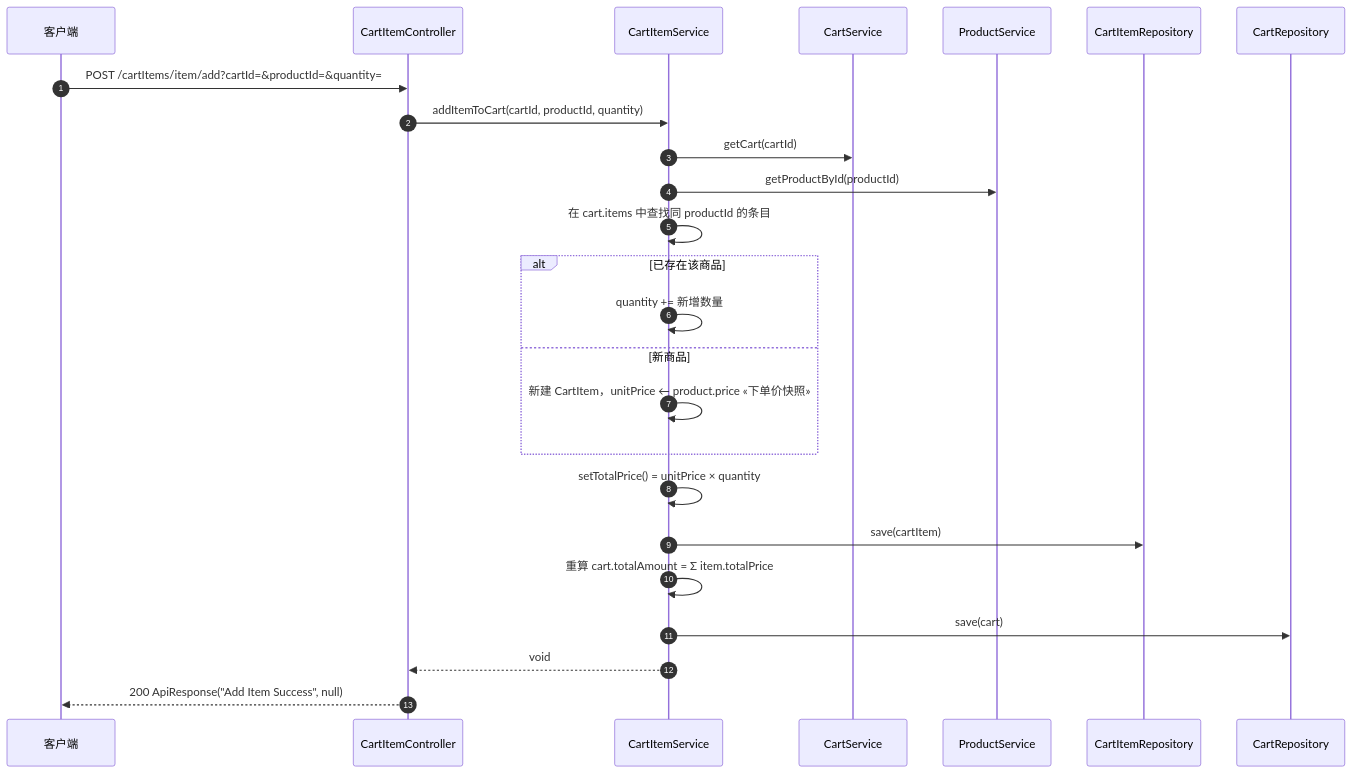
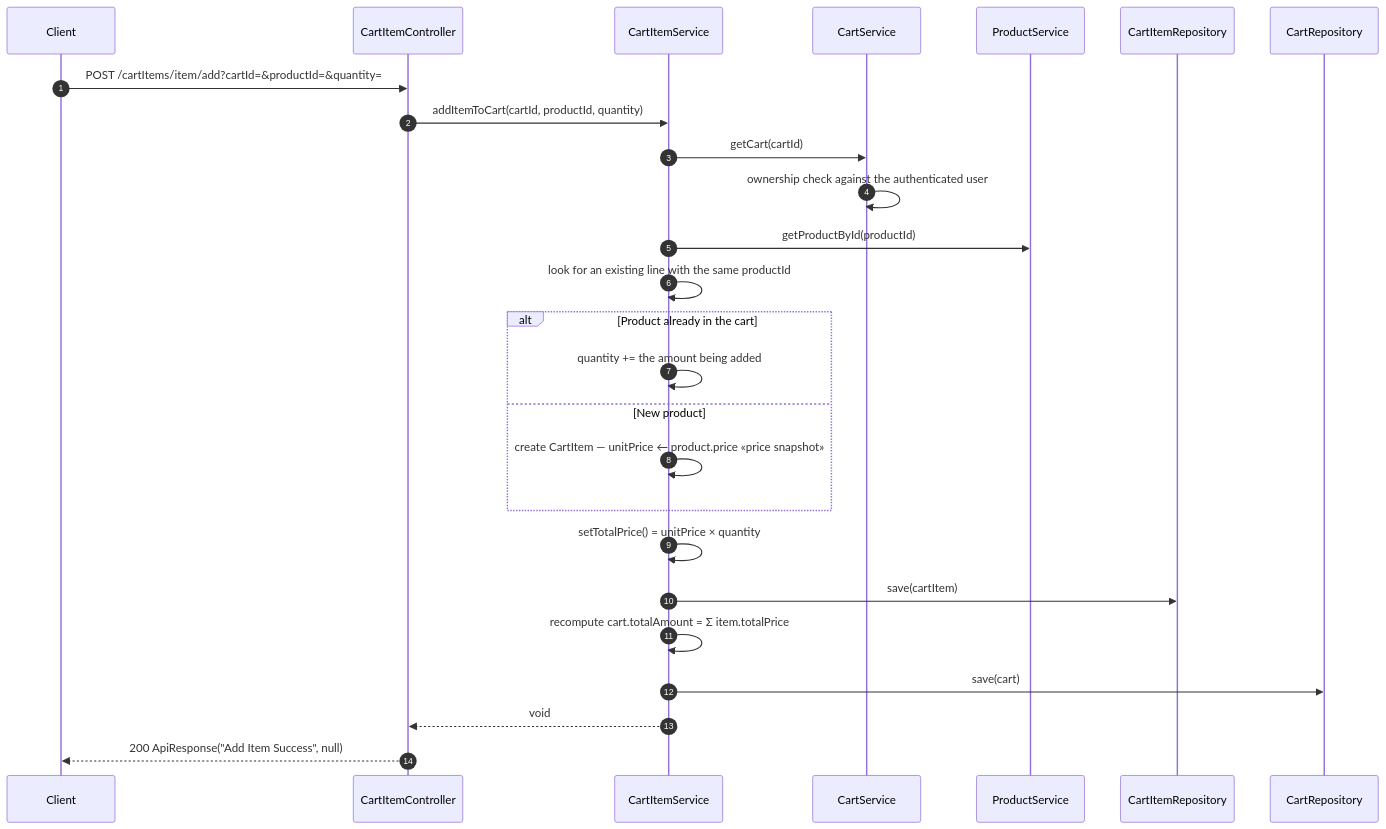
Before and after one commit to Chuan-Qiu/buynowdotcom: diagram 23 of 24 in DESIGN.md, drawn with Mermaid. The commit also changed other lines of this file and 26 other files, not shown here.

````diff
--- a/DESIGN.md
+++ b/DESIGN.md
@@ -1320,28 +1405,29 @@
 ```mermaid
 sequenceDiagram
     autonumber
-    participant FE as 客户端
+    participant FE as Client
     participant CIC as CartItemController
     participant CIS as CartItemService
     participant CS as CartService
     participant PS as ProductService
     participant CIR as CartItemRepository
     participant CR as CartRepository
 
     FE->>CIC: POST /cartItems/item/add?cartId=&productId=&quantity=
     CIC->>CIS: addItemToCart(cartId, productId, quantity)
     CIS->>CS: getCart(cartId)
+    CS->>CS: ownership check against the authenticated user
     CIS->>PS: getProductById(productId)
-    CIS->>CIS: 在 cart.items 中查找同 productId 的条目
-    alt 已存在该商品
-        CIS->>CIS: quantity += 新增数量
-    else 新商品
-        CIS->>CIS: 新建 CartItem，unitPrice ← product.price «下单价快照»
+    CIS->>CIS: look for an existing line with the same productId
+    alt Product already in the cart
+        CIS->>CIS: quantity += the amount being added
+    else New product
+        CIS->>CIS: create CartItem — unitPrice ← product.price «price snapshot»
     end
     CIS->>CIS: setTotalPrice() = unitPrice × quantity
     CIS->>CIR: save(cartItem)
-    CIS->>CIS: 重算 cart.totalAmount = Σ item.totalPrice
+    CIS->>CIS: recompute cart.totalAmount = Σ item.totalPrice
     CIS->>CR: save(cart)
     CIS-->>CIC: void
     CIC-->>FE: 200 ApiResponse("Add Item Success", null)
 ```
````
